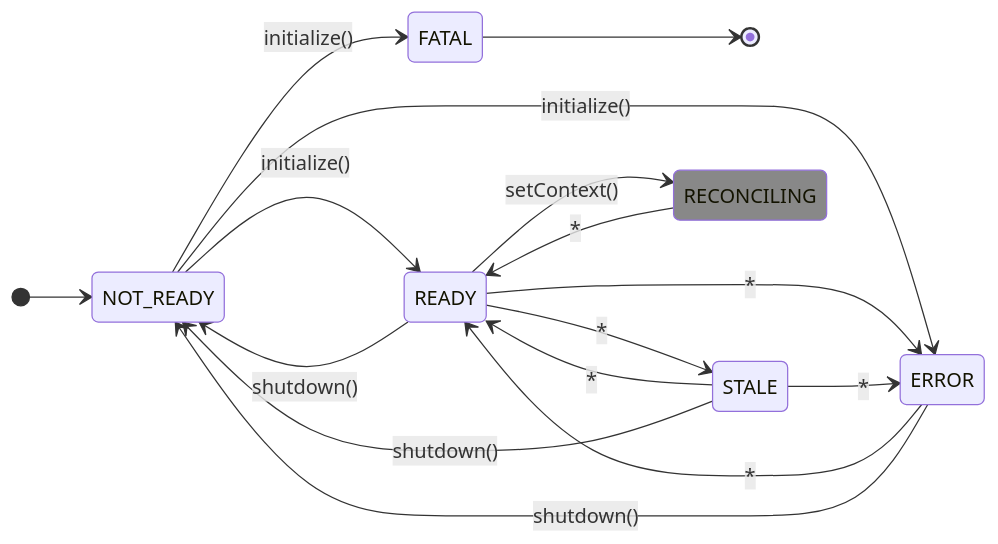
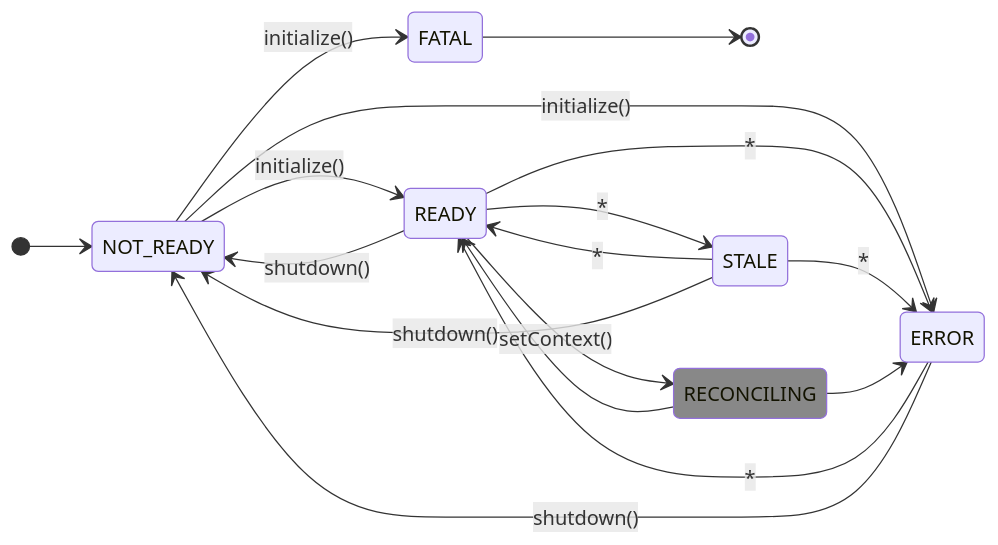
The diagram in specification/sections/01-flag-evaluation.md (open-feature/spec), drawn with Mermaid before and after one commit.

Commit message:
fixup: add RECONCILING -> ERROR transition

````diff
--- a/specification/sections/01-flag-evaluation.md
+++ b/specification/sections/01-flag-evaluation.md
@@ -412,21 +412,22 @@
 ```mermaid
 stateDiagram-v2
     direction LR
     [*] --> NOT_READY
     NOT_READY --> READY:initialize()
     NOT_READY --> ERROR:initialize()
     NOT_READY --> FATAL:initialize()
     FATAL --> [*]
     READY --> ERROR:*
     ERROR --> READY:*
     READY --> STALE:*
     STALE --> READY:*
     STALE --> ERROR:*
     READY --> NOT_READY:shutdown()
     STALE --> NOT_READY:shutdown()
     ERROR --> NOT_READY:shutdown()
     READY --> RECONCILING:::client:setContext()
-    RECONCILING:::client --> READY:*
+    RECONCILING:::client --> READY
+    RECONCILING:::client --> ERROR
 
     classDef client fill:#888
 ```
````
